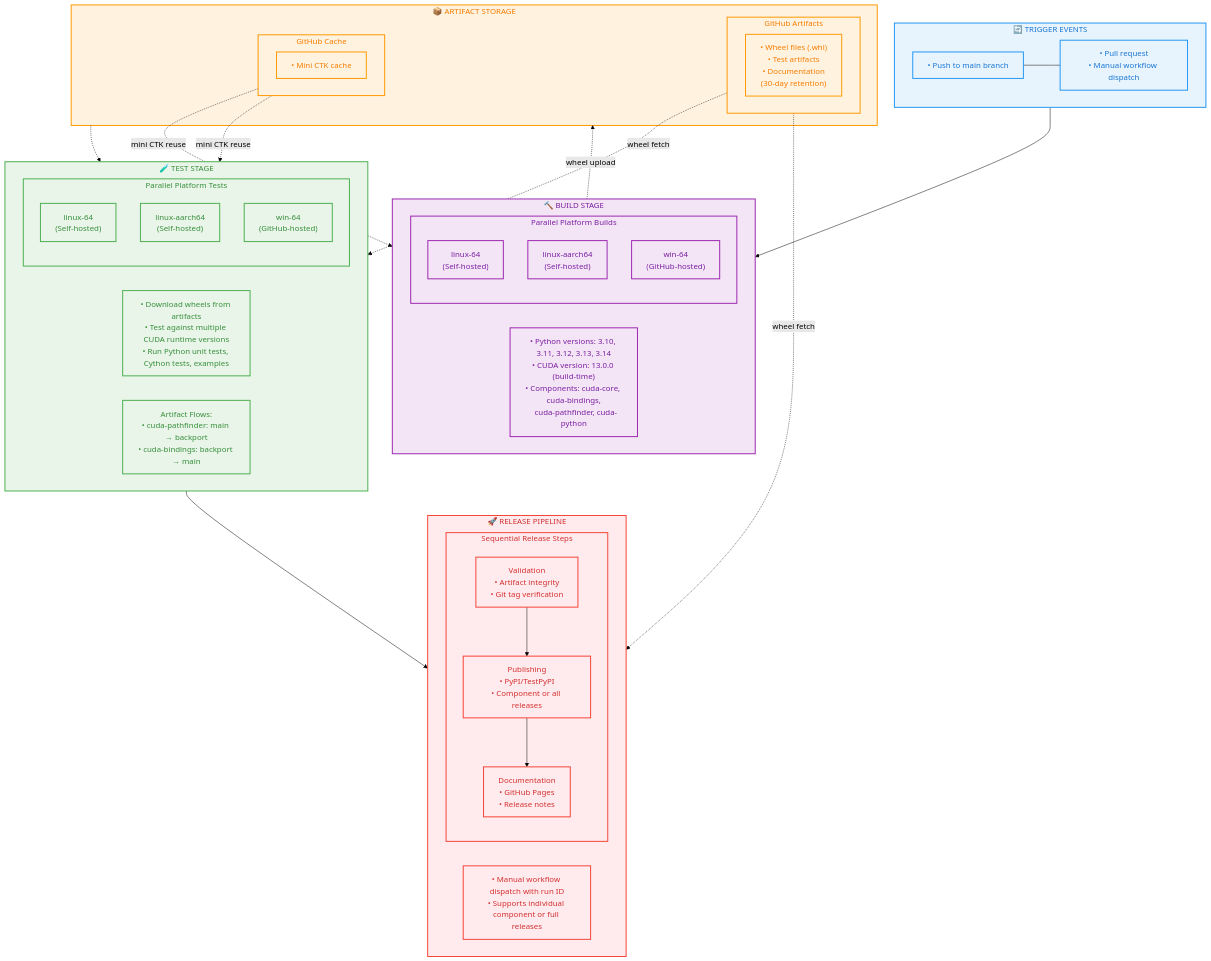
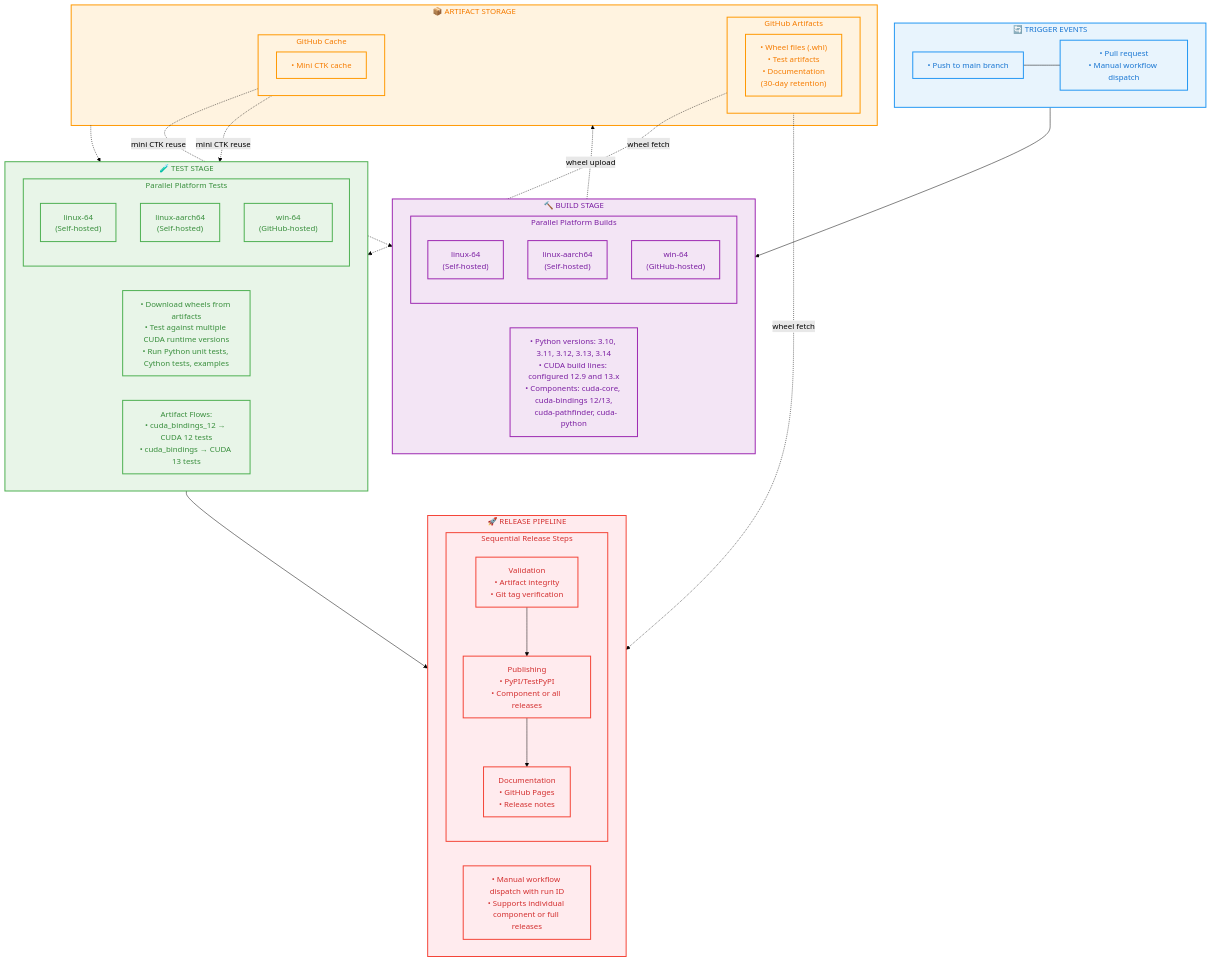
One commit to NVIDIA/cuda-python changed the diagram in CONTRIBUTING.md. Above: the diagram before and after it, drawn with Mermaid (forest theme). The commit also changed other lines of this file and 259 other files, not shown here.

Commit message:
cuda.bindings: build CUDA 12 and 13 from main

````diff
--- a/CONTRIBUTING.md
+++ b/CONTRIBUTING.md
@@ -262,78 +262,78 @@
 ```mermaid
 flowchart TD
     %% Trigger Events
     subgraph TRIGGER["🔄 TRIGGER EVENTS"]
         T1["• Push to main branch"]
         T2["• Pull request<br/>• Manual workflow dispatch"]
         T1 --- T2
     end
 
     %% Build Stage
     subgraph BUILD["🔨 BUILD STAGE"]
         subgraph BUILD_PLATFORMS["Parallel Platform Builds"]
             B1["linux-64<br/>(Self-hosted)"]
             B2["linux-aarch64<br/>(Self-hosted)"]
             B3["win-64<br/>(GitHub-hosted)"]
         end
-        BUILD_DETAILS["• Python versions: 3.10, 3.11, 3.12, 3.13, 3.14<br/>• CUDA version: 13.0.0 (build-time)<br/>• Components: cuda-core, cuda-bindings,<br/>  cuda-pathfinder, cuda-python"]
+        BUILD_DETAILS["• Python versions: 3.10, 3.11, 3.12, 3.13, 3.14<br/>• CUDA build lines: configured 12.9 and 13.x<br/>• Components: cuda-core, cuda-bindings 12/13,<br/>  cuda-pathfinder, cuda-python"]
     end
 
     %% Artifact Storage
     subgraph ARTIFACTS["📦 ARTIFACT STORAGE"]
         subgraph GITHUB_ARTIFACTS["GitHub Artifacts"]
             GA1["• Wheel files (.whl)<br/>• Test artifacts<br/>• Documentation<br/>(30-day retention)"]
         end
         subgraph GITHUB_CACHE["GitHub Cache"]
             GC1["• Mini CTK cache"]
         end
     end
 
     %% Test Stage
     subgraph TEST["🧪 TEST STAGE"]
         subgraph TEST_PLATFORMS["Parallel Platform Tests"]
             TS1["linux-64<br/>(Self-hosted)"]
             TS2["linux-aarch64<br/>(Self-hosted)"]
             TS3["win-64<br/>(GitHub-hosted)"]
         end
         TEST_DETAILS["• Download wheels from artifacts<br/>• Test against multiple CUDA runtime versions<br/>• Run Python unit tests, Cython tests, examples"]
-        ARTIFACT_FLOWS["Artifact Flows:<br/>• cuda-pathfinder: main → backport<br/>• cuda-bindings: backport → main"]
+        ARTIFACT_FLOWS["Artifact Flows:<br/>• cuda_bindings_12 → CUDA 12 tests<br/>• cuda_bindings → CUDA 13 tests"]
     end
 
     %% Release Pipeline
     subgraph RELEASE["🚀 RELEASE PIPELINE"]
         subgraph RELEASE_STAGES["Sequential Release Steps"]
             R1["Validation<br/>• Artifact integrity<br/>• Git tag verification"]
             R2["Publishing<br/>• PyPI/TestPyPI<br/>• Component or all releases"]
             R3["Documentation<br/>• GitHub Pages<br/>• Release notes"]
             R1 --> R2 --> R3
         end
         RELEASE_DETAILS["• Manual workflow dispatch with run ID<br/>• Supports individual component or full releases"]
     end
 
     %% Main Flow
     TRIGGER --> BUILD
     BUILD -.->|"wheel upload"| ARTIFACTS
     ARTIFACTS -.-> TEST
     TEST --> RELEASE
 
     %% Artifact Flow Arrows (Cache Reuse)
     GITHUB_CACHE -.->|"mini CTK reuse"| BUILD
     GITHUB_CACHE -.->|"mini CTK reuse"| TEST
 
     %% Artifact Flow Arrows (Wheel Fetch)
     GITHUB_ARTIFACTS -.->|"wheel fetch"| TEST
     GITHUB_ARTIFACTS -.->|"wheel fetch"| RELEASE
 
     %% Styling
     classDef triggerStyle fill:#e8f4fd,stroke:#2196F3,stroke-width:2px,color:#1976D2
     classDef buildStyle fill:#f3e5f5,stroke:#9C27B0,stroke-width:2px,color:#7B1FA2
     classDef artifactStyle fill:#fff3e0,stroke:#FF9800,stroke-width:2px,color:#F57C00
     classDef testStyle fill:#e8f5e8,stroke:#4CAF50,stroke-width:2px,color:#388E3C
     classDef releaseStyle fill:#ffebee,stroke:#f44336,stroke-width:2px,color:#D32F2F
 
     class TRIGGER,T1,T2 triggerStyle
     class BUILD,BUILD_PLATFORMS,B1,B2,B3,BUILD_DETAILS buildStyle
     class ARTIFACTS,GITHUB_ARTIFACTS,GITHUB_CACHE,GA1,GC1 artifactStyle
     class TEST,TEST_PLATFORMS,TS1,TS2,TS3,TEST_DETAILS,ARTIFACT_FLOWS testStyle
     class RELEASE,RELEASE_STAGES,R1,R2,R3,RELEASE_DETAILS releaseStyle
 ```
````
